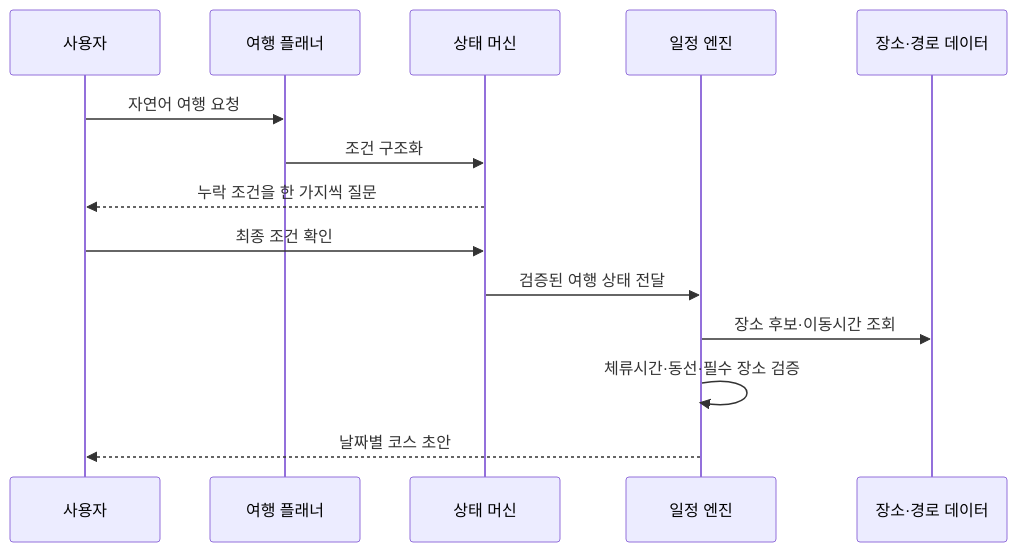
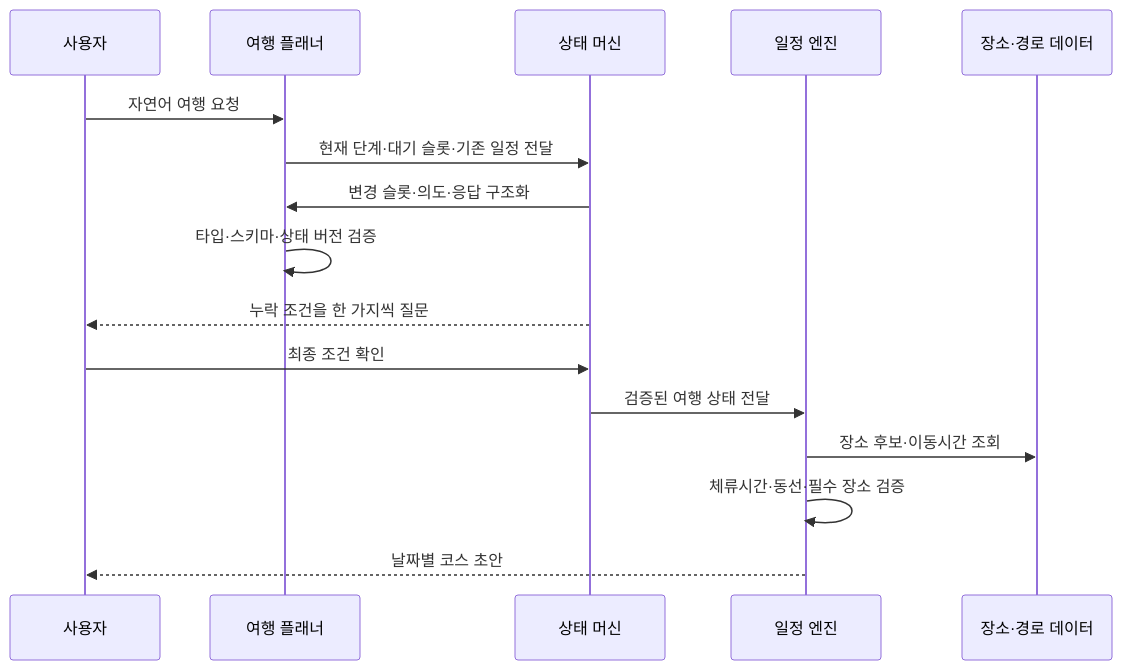
The second of 2 diagrams in README.md (xericen/GACHI), drawn with Mermaid before and after one commit. The commit also changed other lines of this file, not shown here.

````diff
--- a/README.md
+++ b/README.md
@@ -151,17 +162,19 @@
 ```mermaid
 sequenceDiagram
     participant U as 사용자
     participant P as 여행 플래너
     participant S as 상태 머신
     participant E as 일정 엔진
     participant D as 장소·경로 데이터
 
     U->>P: 자연어 여행 요청
-    P->>S: 조건 구조화
+    P->>S: 현재 단계·대기 슬롯·기존 일정 전달
+    S->>P: 변경 슬롯·의도·응답 구조화
+    P->>P: 타입·스키마·상태 버전 검증
     S-->>U: 누락 조건을 한 가지씩 질문
     U->>S: 최종 조건 확인
     S->>E: 검증된 여행 상태 전달
     E->>D: 장소 후보·이동시간 조회
     E->>E: 체류시간·동선·필수 장소 검증
     E-->>U: 날짜별 코스 초안
 ```
````
